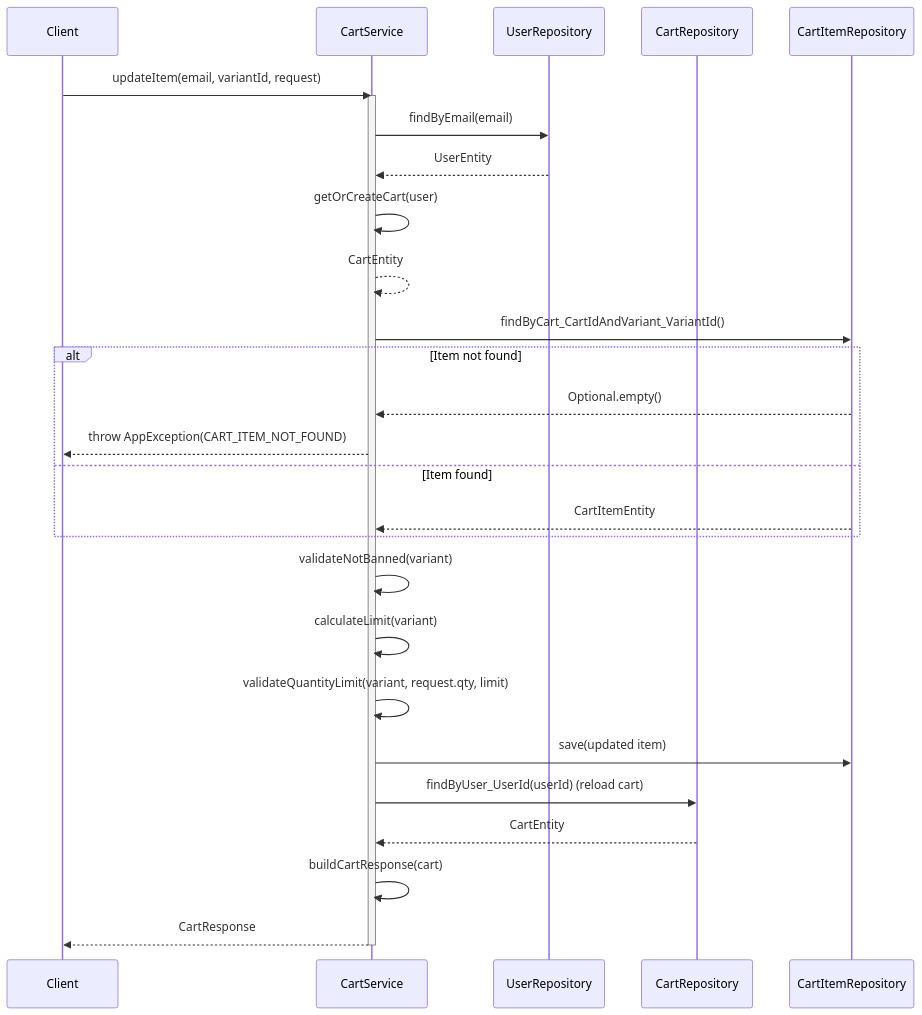
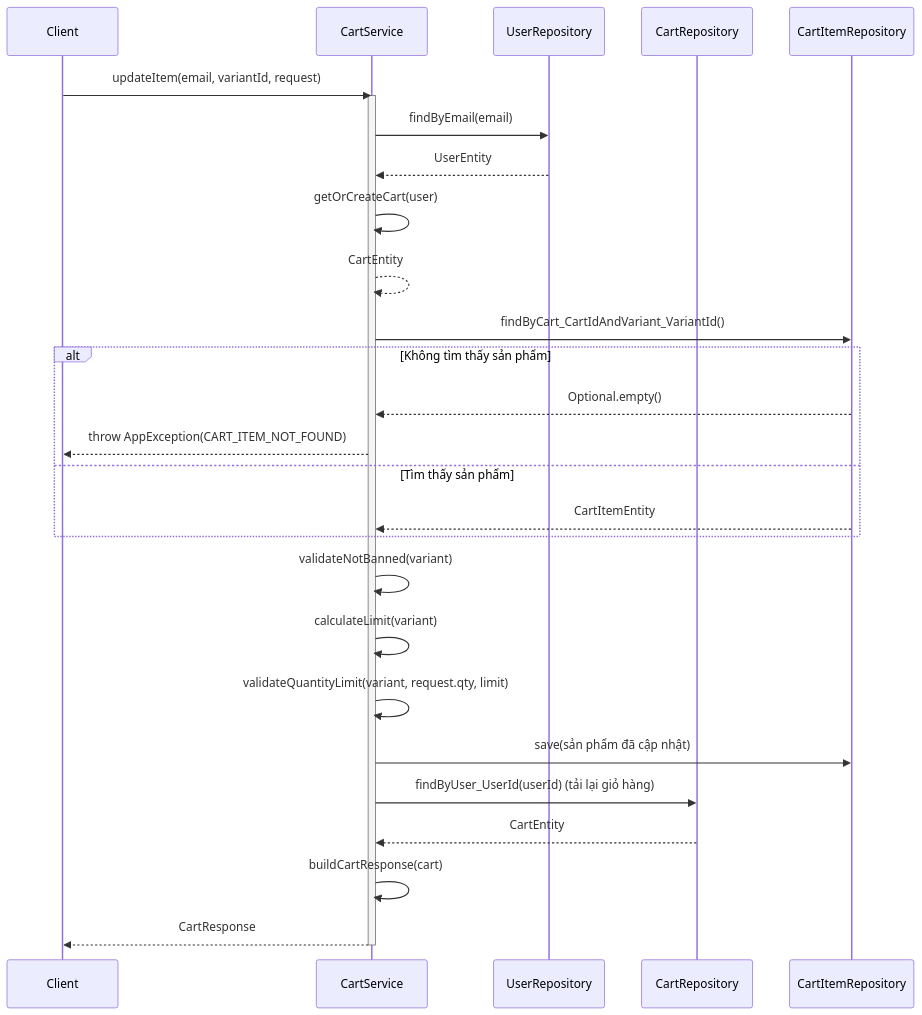
The third of 5 diagrams in .agent/sequence/cart_service_sequence_diagrams.md (aquoc09/easymall), drawn with Mermaid before and after one commit. The commit also changed other lines of this file and 18 other files, not shown here.

Commit message:
UPDATE: Sequence diagram vietnamese

````diff
--- a/.agent/sequence/cart_service_sequence_diagrams.md
+++ b/.agent/sequence/cart_service_sequence_diagrams.md
@@ -92,38 +92,38 @@
 ```mermaid
 sequenceDiagram
     participant Client
     participant CartService
     participant UserRepository
     participant CartRepository
     participant CartItemRepository
 
     Client->>CartService: updateItem(email, variantId, request)
     activate CartService
 
     CartService->>UserRepository: findByEmail(email)
     UserRepository-->>CartService: UserEntity
 
     CartService->>CartService: getOrCreateCart(user)
     CartService-->>CartService: CartEntity
 
     CartService->>CartItemRepository: findByCart_CartIdAndVariant_VariantId()
-    alt Item not found
+    alt Không tìm thấy sản phẩm
         CartItemRepository-->>CartService: Optional.empty()
         CartService-->>Client: throw AppException(CART_ITEM_NOT_FOUND)
-    else Item found
+    else Tìm thấy sản phẩm
         CartItemRepository-->>CartService: CartItemEntity
     end
 
     CartService->>CartService: validateNotBanned(variant)
     CartService->>CartService: calculateLimit(variant)
     CartService->>CartService: validateQuantityLimit(variant, request.qty, limit)
 
-    CartService->>CartItemRepository: save(updated item)
+    CartService->>CartItemRepository: save(sản phẩm đã cập nhật)
     
-    CartService->>CartRepository: findByUser_UserId(userId) (reload cart)
+    CartService->>CartRepository: findByUser_UserId(userId) (tải lại giỏ hàng)
     CartRepository-->>CartService: CartEntity
     
     CartService->>CartService: buildCartResponse(cart)
     CartService-->>Client: CartResponse
     deactivate CartService
 ```
````
